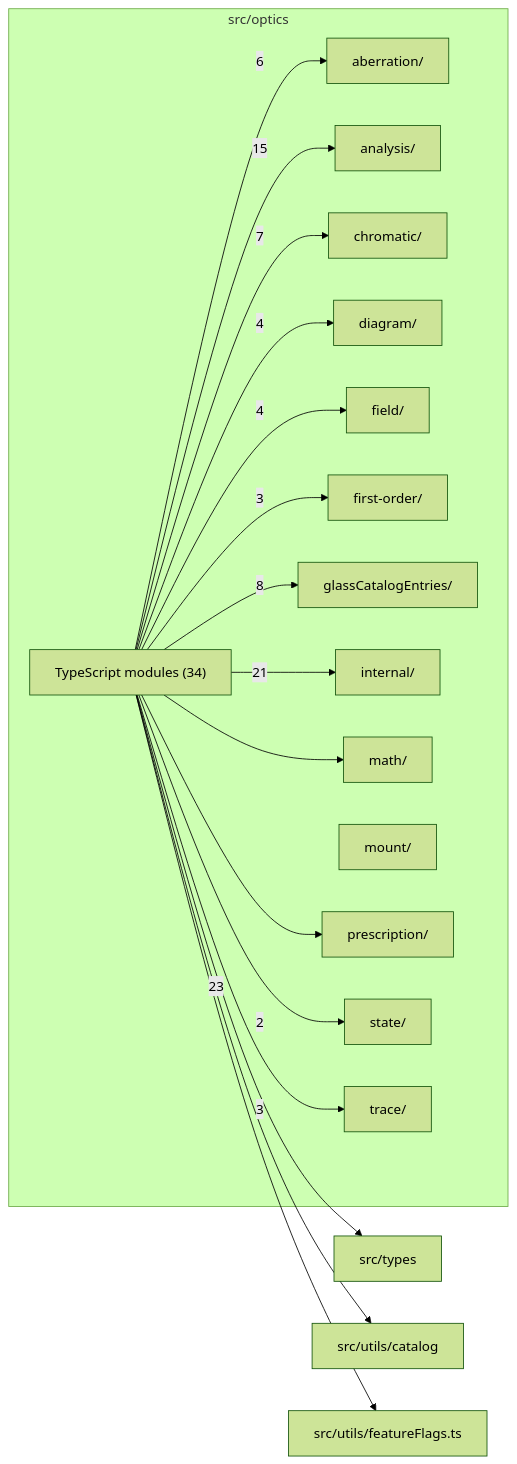
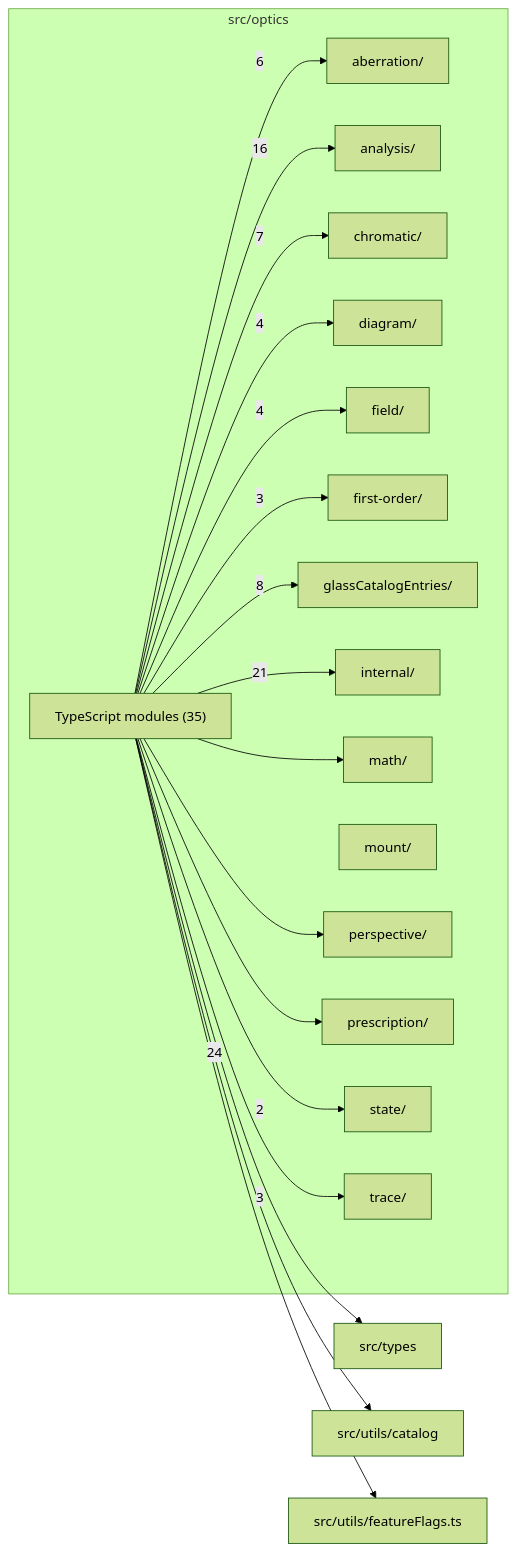
Before and after one commit to ronbuening/LensVisualizer: the diagram in src/optics/readme.md, drawn with Mermaid (forest theme). The commit also changed other lines of this file and 155 other files, not shown here.

````diff
--- a/src/optics/readme.md
+++ b/src/optics/readme.md
@@ -9,37 +9,39 @@
 ```mermaid
 flowchart LR
   subgraph n_src_optics["src/optics"]
     n_src_optics_src_optics_aberration["aberration/"]
     n_src_optics_src_optics_analysis["analysis/"]
     n_src_optics_src_optics_chromatic["chromatic/"]
     n_src_optics_src_optics_diagram["diagram/"]
     n_src_optics_src_optics_field["field/"]
     n_src_optics_src_optics_first_order["first-order/"]
     n_src_optics_src_optics_glassCatalogEntries["glassCatalogEntries/"]
     n_src_optics_src_optics_internal["internal/"]
     n_src_optics_src_optics_math["math/"]
     n_src_optics_src_optics_mount["mount/"]
+    n_src_optics_src_optics_perspective["perspective/"]
     n_src_optics_src_optics_prescription["prescription/"]
     n_src_optics_src_optics_state["state/"]
     n_src_optics_src_optics_trace["trace/"]
-    n_src_optics_TypeScript_modules["TypeScript modules (34)"]
+    n_src_optics_TypeScript_modules["TypeScript modules (35)"]
   end
   n_external_src_types["src/types"]
   n_external_src_utils_catalog["src/utils/catalog"]
   n_external_src_utils_featureFlags_ts["src/utils/featureFlags.ts"]
-  n_src_optics_TypeScript_modules --> |23| n_external_src_types
+  n_src_optics_TypeScript_modules --> |24| n_external_src_types
   n_src_optics_TypeScript_modules --> |21| n_src_optics_src_optics_internal
-  n_src_optics_TypeScript_modules --> |15| n_src_optics_src_optics_analysis
+  n_src_optics_TypeScript_modules --> |16| n_src_optics_src_optics_analysis
   n_src_optics_TypeScript_modules --> |8| n_src_optics_src_optics_glassCatalogEntries
   n_src_optics_TypeScript_modules --> |7| n_src_optics_src_optics_chromatic
   n_src_optics_TypeScript_modules --> |6| n_src_optics_src_optics_aberration
   n_src_optics_TypeScript_modules --> |4| n_src_optics_src_optics_diagram
   n_src_optics_TypeScript_modules --> |4| n_src_optics_src_optics_field
   n_src_optics_TypeScript_modules --> |3| n_src_optics_src_optics_first_order
   n_src_optics_TypeScript_modules --> |3| n_src_optics_src_optics_trace
   n_src_optics_TypeScript_modules --> |2| n_src_optics_src_optics_state
   n_src_optics_TypeScript_modules --> n_external_src_utils_catalog
   n_src_optics_TypeScript_modules --> n_external_src_utils_featureFlags_ts
   n_src_optics_TypeScript_modules --> n_src_optics_src_optics_math
+  n_src_optics_TypeScript_modules --> n_src_optics_src_optics_perspective
   n_src_optics_TypeScript_modules --> n_src_optics_src_optics_prescription
 ```
````
